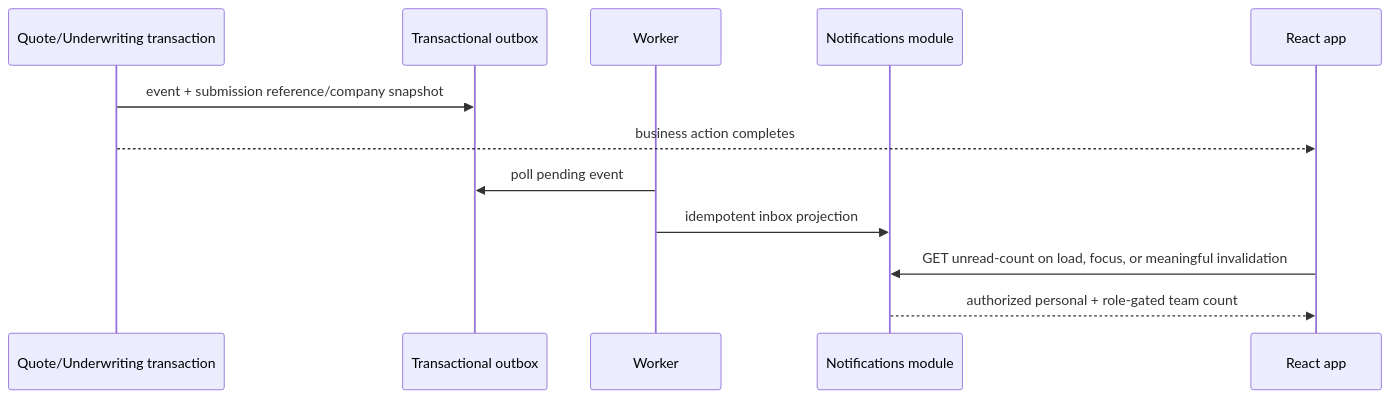
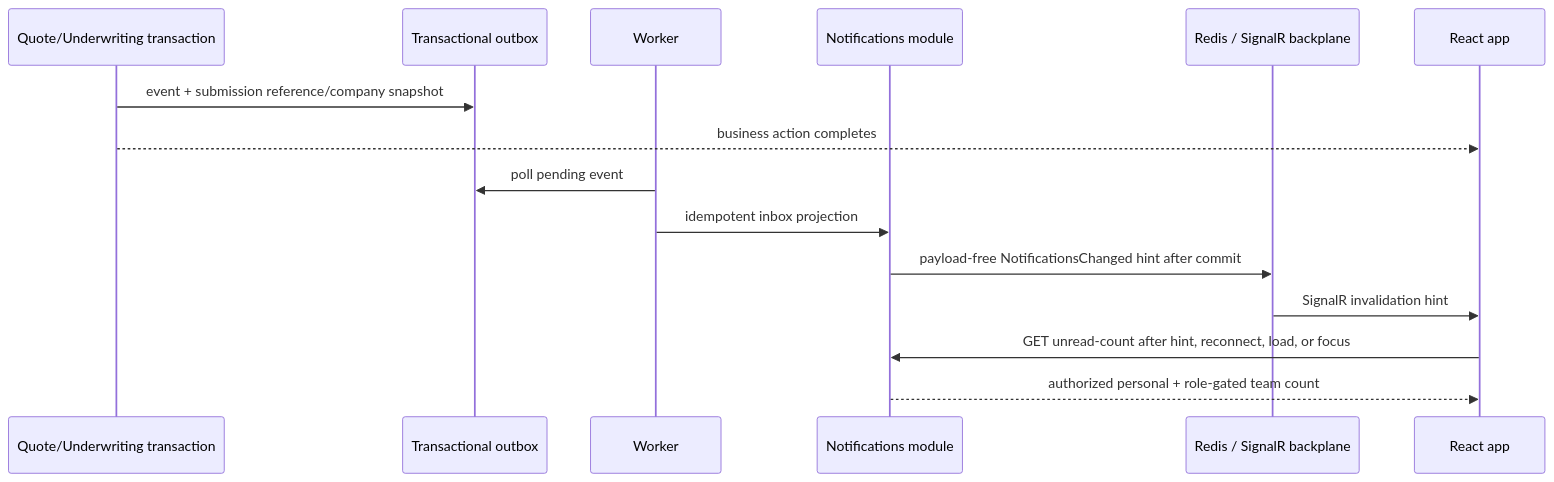
Before and after one commit to paulbuer08/LIAnsureProtect: the second of 2 diagrams in docs/dev/evidence-response-follow-up-and-notification-context-learnings.md, drawn with Mermaid. The commit also changed other lines of this file and 49 other files, not shown here.

````diff
--- a/docs/dev/evidence-response-follow-up-and-notification-context-learnings.md
+++ b/docs/dev/evidence-response-follow-up-and-notification-context-learnings.md
@@ -113,15 +115,18 @@
 ```mermaid
 sequenceDiagram
     participant Q as Quote/Underwriting transaction
     participant O as Transactional outbox
     participant W as Worker
     participant N as Notifications module
+    participant R as Redis / SignalR backplane
     participant UI as React app
 
     Q->>O: event + submission reference/company snapshot
     Q-->>UI: business action completes
     W->>O: poll pending event
     W->>N: idempotent inbox projection
-    UI->>N: GET unread-count on load, focus, or meaningful invalidation
+    N->>R: payload-free NotificationsChanged hint after commit
+    R->>UI: SignalR invalidation hint
+    UI->>N: GET unread-count after hint, reconnect, load, or focus
     N-->>UI: authorized personal + role-gated team count
 ```
````
